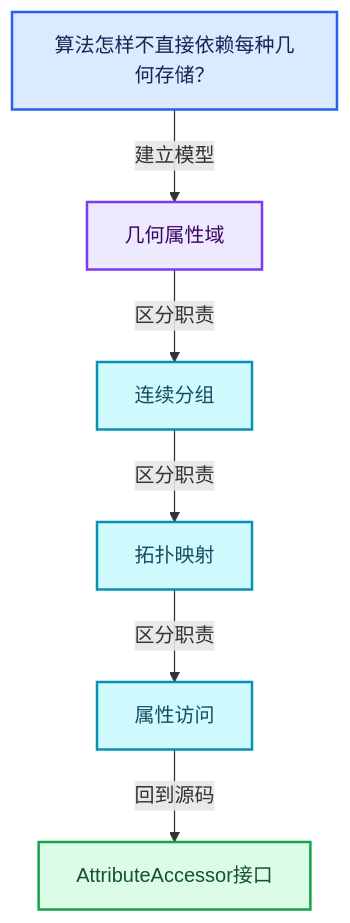
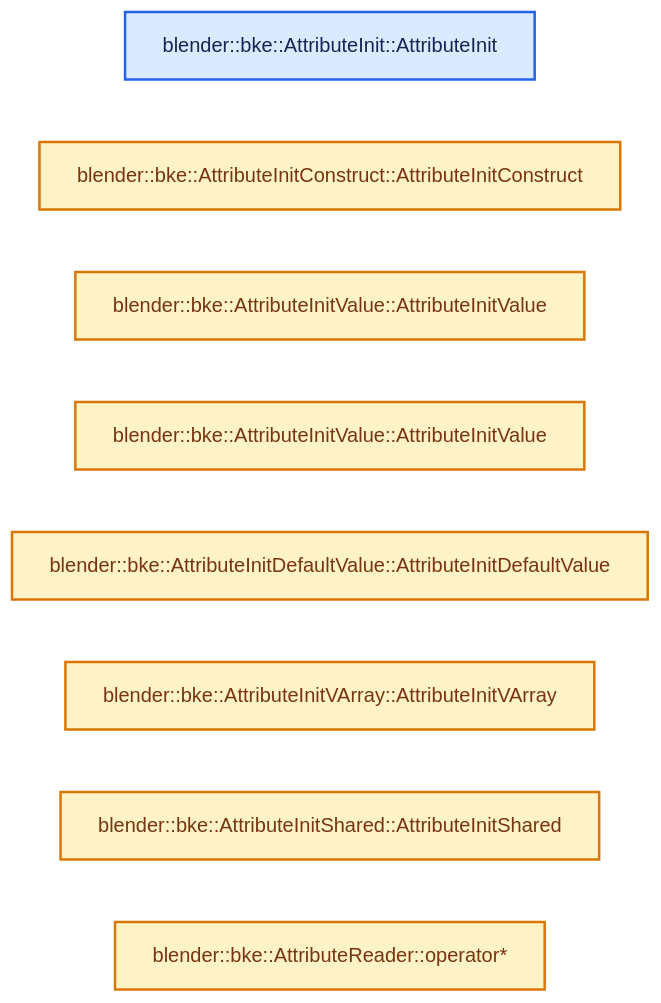
One commit to yunkezengren/blender-.vscode changed the second of 4 diagrams in 杂/markdown/全面学习-codex/05-几何存储与拓扑映射/08-AttributeAccessor接口.md. Above: the diagram before and after it, drawn with Mermaid. The commit also changed other lines of this file and 1930 other files, not shown here.

````diff
--- a/杂/markdown/全面学习-codex/05-几何存储与拓扑映射/08-AttributeAccessor接口.md
+++ b/杂/markdown/全面学习-codex/05-几何存储与拓扑映射/08-AttributeAccessor接口.md
@@ -60,20 +46,17 @@
 ```mermaid
-flowchart TB
-  Q["算法怎样不直接依赖每种几何存储？"]:::input
-  C0["几何属性域"]:::abstraction
-  C1["连续分组"]:::data
-  C2["拓扑映射"]:::data
-  C3["属性访问"]:::data
-  R["AttributeAccessor接口"]:::result
-  Q -->|"建立模型"| C0
-  C0 -->|"区分职责"| C1
-  C1 -->|"区分职责"| C2
-  C2 -->|"区分职责"| C3
-  C3 -->|"回到源码"| R
+flowchart LR
+  F0["blender::bke::AttributeInit::AttributeInit"]:::input
+  F1["blender::bke::AttributeInitConstruct::AttributeInitConstruct"]:::compute
+  F2["blender::bke::AttributeInitValue::AttributeInitValue"]:::compute
+  F3["blender::bke::AttributeInitValue::AttributeInitValue"]:::compute
+  F4["blender::bke::AttributeInitDefaultValue::AttributeInitDefaultValue"]:::compute
+  F5["blender::bke::AttributeInitVArray::AttributeInitVArray"]:::compute
+  F6["blender::bke::AttributeInitShared::AttributeInitShared"]:::compute
+  F7["blender::bke::AttributeReader::operator*"]:::compute
   classDef input fill:#DBEAFE,stroke:#2563EB,color:#172554,stroke-width:2px;
   classDef data fill:#CFFAFE,stroke:#0891B2,color:#164E63,stroke-width:2px;
   classDef abstraction fill:#EDE9FE,stroke:#7C3AED,color:#3B0764,stroke-width:2px;
   classDef compute fill:#FEF3C7,stroke:#D97706,color:#78350F,stroke-width:2px;
   classDef result fill:#DCFCE7,stroke:#16A34A,color:#14532D,stroke-width:2px;
   classDef error fill:#FEE2E2,stroke:#DC2626,color:#7F1D1D,stroke-width:2px;
 ```
````
